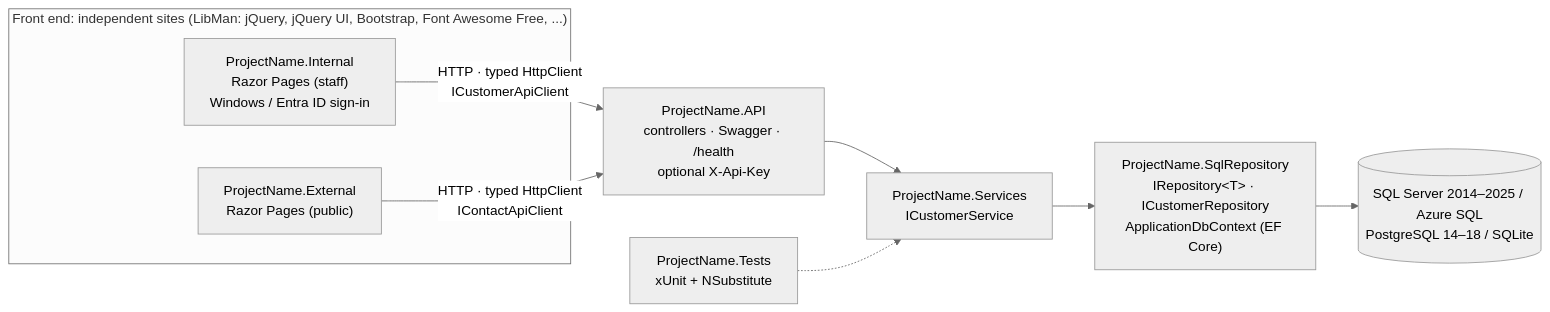
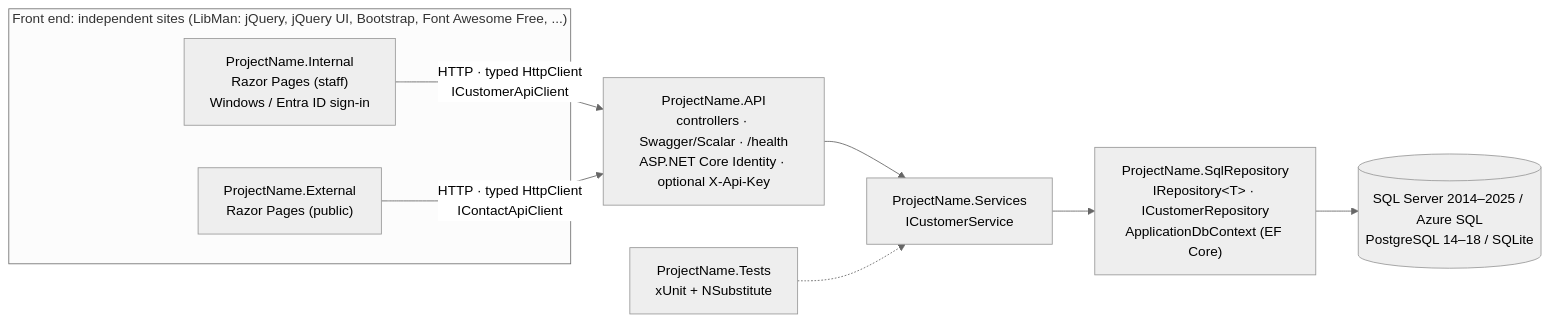
One commit to dotnetappdev/Template changed the first of 2 diagrams in README.md. Above: the diagram before and after it, drawn with Mermaid (neutral theme). The commit also changed other lines of this file and 43 other files, not shown here.

````diff
--- a/README.md
+++ b/README.md
@@ -160,13 +163,13 @@
 ```mermaid
 flowchart LR
     subgraph FE["Front end: independent sites (LibMan: jQuery, jQuery UI, Bootstrap, Font Awesome Free, ...)"]
         I["ProjectName.Internal<br/>Razor Pages (staff)<br/>Windows / Entra ID sign-in"]
         E["ProjectName.External<br/>Razor Pages (public)"]
     end
     I -- "HTTP · typed HttpClient<br/>ICustomerApiClient" --> A
     E -- "HTTP · typed HttpClient<br/>IContactApiClient" --> A
-    A["ProjectName.API<br/>controllers · Swagger · /health<br/>optional X-Api-Key"] --> S["ProjectName.Services<br/>ICustomerService"]
+    A["ProjectName.API<br/>controllers · Swagger/Scalar · /health<br/>ASP.NET Core Identity · optional X-Api-Key"] --> S["ProjectName.Services<br/>ICustomerService"]
     S --> R["ProjectName.SqlRepository<br/>IRepository#lt;T#gt; · ICustomerRepository<br/>ApplicationDbContext (EF Core)"]
     R --> D[(SQL Server 2014–2025 / Azure SQL<br/>PostgreSQL 14–18 / SQLite)]
     T["ProjectName.Tests<br/>xUnit + NSubstitute"] -.-> S
 ```
````
